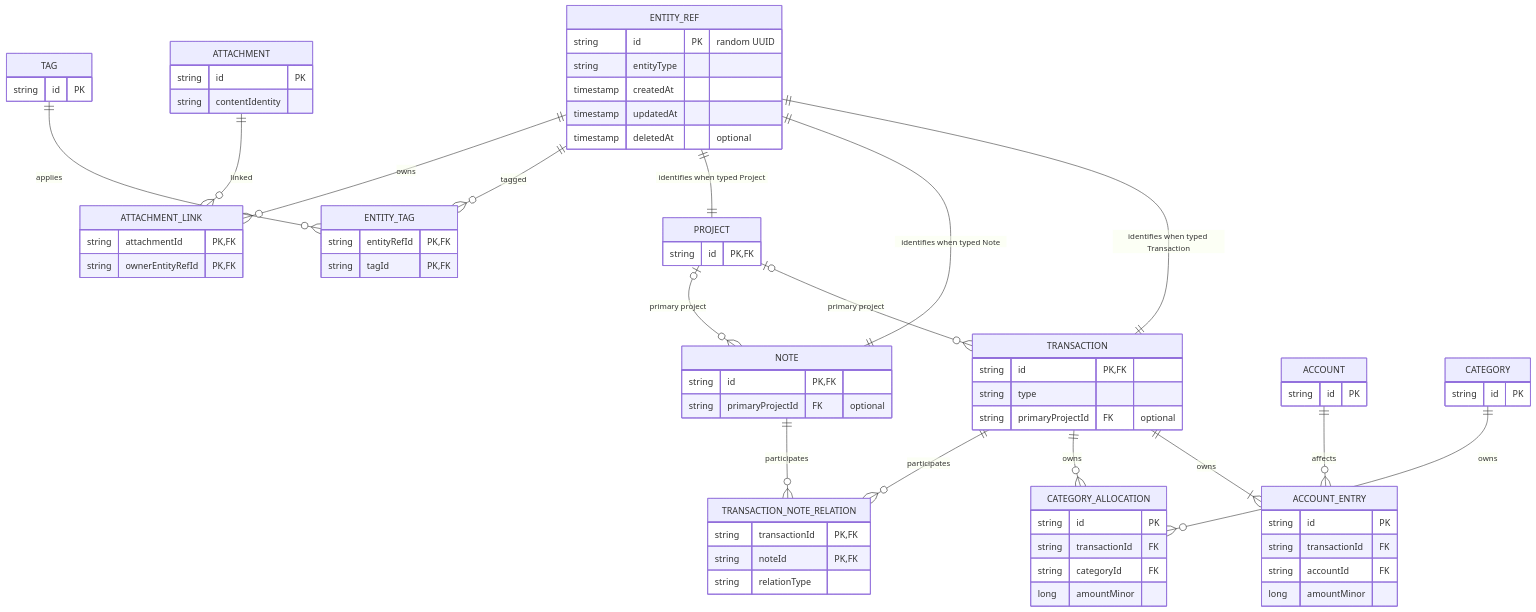
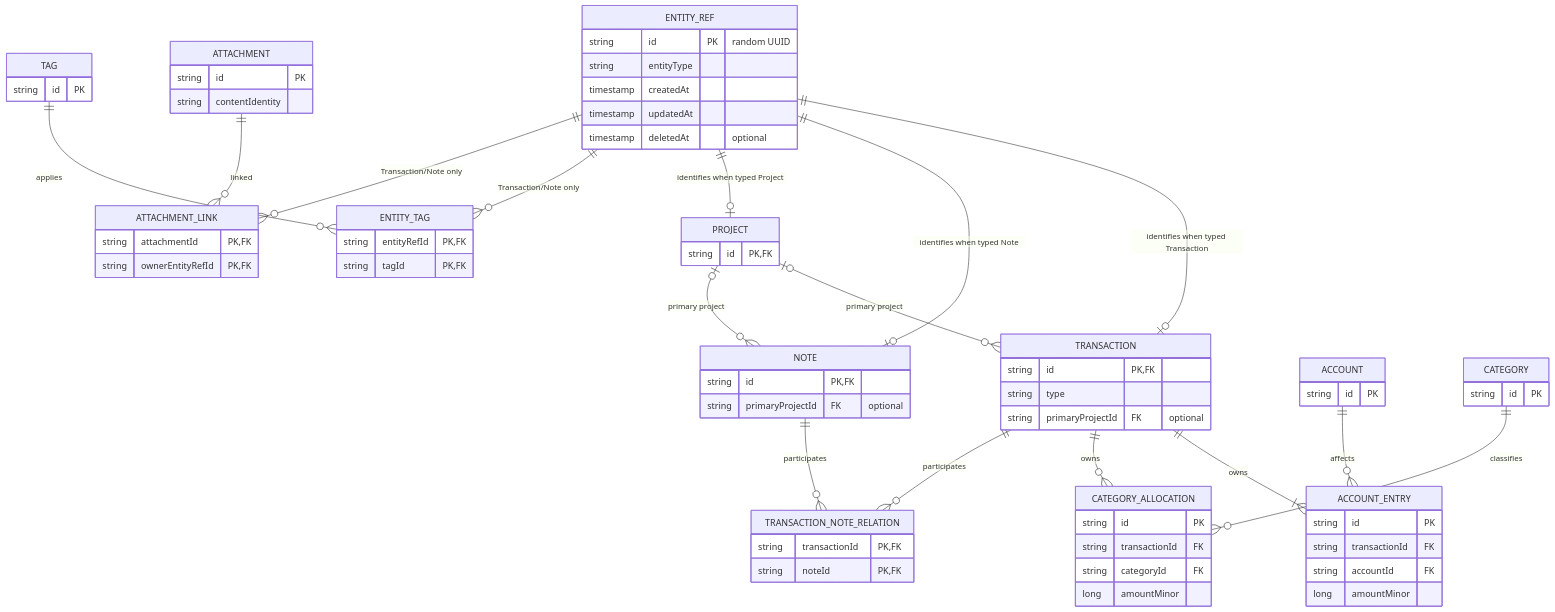
Before and after one commit to paher-din/record: the diagram in docs/architecture/domain-model.md, drawn with Mermaid. The commit also changed other lines of this file and 1 other file, not shown here.

````diff
--- a/docs/architecture/domain-model.md
+++ b/docs/architecture/domain-model.md
@@ -15,79 +15,78 @@
 ```mermaid
 erDiagram
     ENTITY_REF {
         string id PK "random UUID"
         string entityType
         timestamp createdAt
         timestamp updatedAt
         timestamp deletedAt "optional"
     }
     TRANSACTION {
         string id PK,FK
         string type
         string primaryProjectId FK "optional"
     }
     NOTE {
         string id PK,FK
         string primaryProjectId FK "optional"
     }
     PROJECT {
         string id PK,FK
     }
     ACCOUNT {
         string id PK
     }
     CATEGORY {
         string id PK
     }
     ACCOUNT_ENTRY {
         string id PK
         string transactionId FK
         string accountId FK
         long amountMinor
     }
     CATEGORY_ALLOCATION {
         string id PK
         string transactionId FK
         string categoryId FK
         long amountMinor
     }
     TRANSACTION_NOTE_RELATION {
         string transactionId PK,FK
         string noteId PK,FK
-        string relationType
     }
     TAG {
         string id PK
     }
     ENTITY_TAG {
         string entityRefId PK,FK
         string tagId PK,FK
     }
     ATTACHMENT {
         string id PK
         string contentIdentity
     }
     ATTACHMENT_LINK {
         string attachmentId PK,FK
         string ownerEntityRefId PK,FK
     }
 
-    ENTITY_REF ||--|| TRANSACTION : "identifies when typed Transaction"
-    ENTITY_REF ||--|| NOTE : "identifies when typed Note"
-    ENTITY_REF ||--|| PROJECT : "identifies when typed Project"
+    ENTITY_REF ||--o| TRANSACTION : "identifies when typed Transaction"
+    ENTITY_REF ||--o| NOTE : "identifies when typed Note"
+    ENTITY_REF ||--o| PROJECT : "identifies when typed Project"
 
     TRANSACTION ||--|{ ACCOUNT_ENTRY : owns
     ACCOUNT ||--o{ ACCOUNT_ENTRY : affects
     TRANSACTION ||--o{ CATEGORY_ALLOCATION : owns
-    CATEGORY ||--o{ CATEGORY_ALLOCATION : owns
+    CATEGORY ||--o{ CATEGORY_ALLOCATION : classifies
 
     TRANSACTION ||--o{ TRANSACTION_NOTE_RELATION : participates
     NOTE ||--o{ TRANSACTION_NOTE_RELATION : participates
     PROJECT o|--o{ TRANSACTION : "primary project"
     PROJECT o|--o{ NOTE : "primary project"
 
-    ENTITY_REF ||--o{ ENTITY_TAG : tagged
+    ENTITY_REF ||--o{ ENTITY_TAG : "Transaction/Note only"
     TAG ||--o{ ENTITY_TAG : applies
-    ENTITY_REF ||--o{ ATTACHMENT_LINK : owns
+    ENTITY_REF ||--o{ ATTACHMENT_LINK : "Transaction/Note only"
     ATTACHMENT ||--o{ ATTACHMENT_LINK : linked
 ```
````
